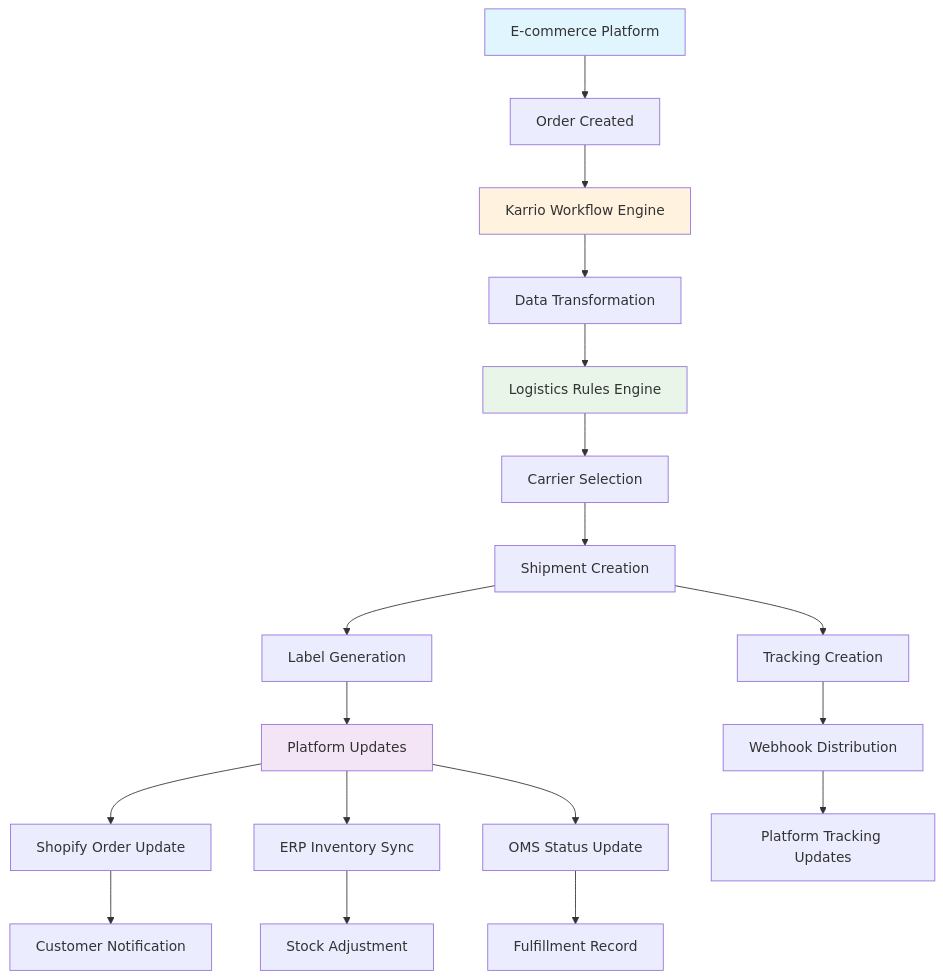
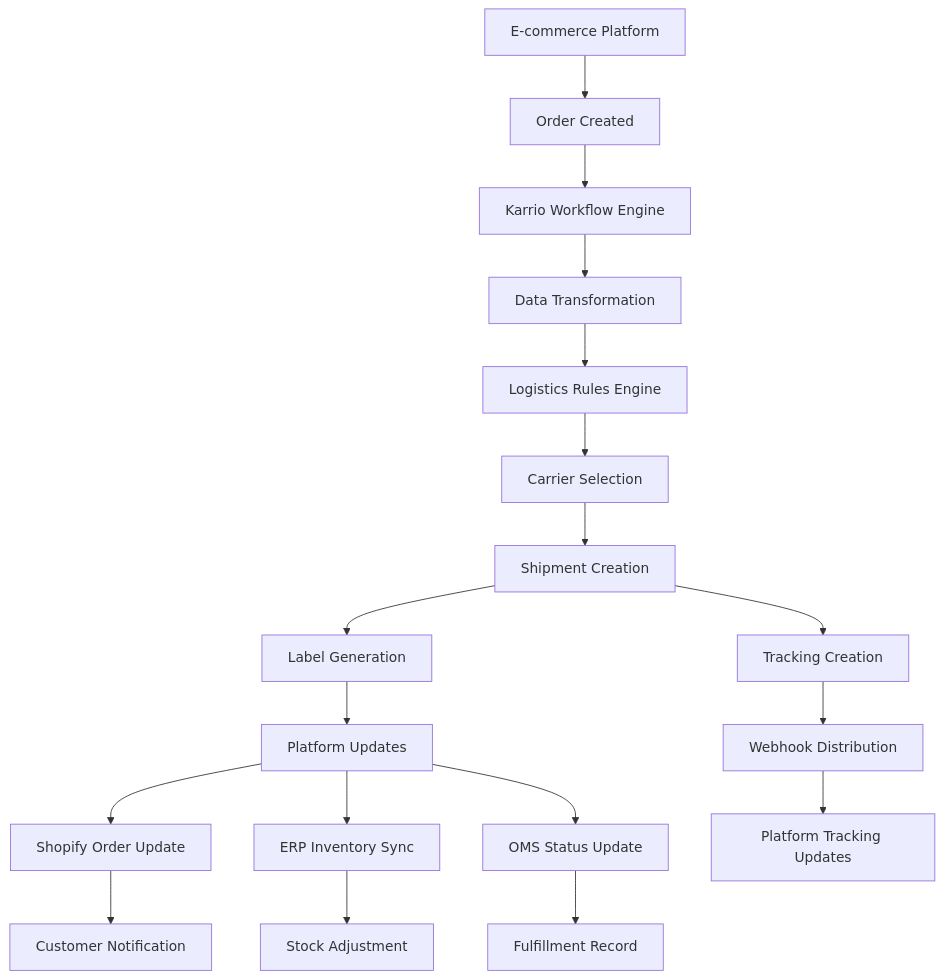
Before and after one commit to karrioapi/karrio: the diagram in apps/web/src/app/docs/products/workflows/page.mdx, drawn with Mermaid. The commit also changed 34 other files, not shown here.

````diff
--- a/apps/web/src/app/docs/products/workflows/page.mdx
+++ b/apps/web/src/app/docs/products/workflows/page.mdx
@@ -79,30 +79,27 @@
 ```mermaid
 flowchart TD
     A[E-commerce Platform] --> B[Order Created]
     B --> C[Karrio Workflow Engine]
 
     C --> D[Data Transformation]
     D --> E[Logistics Rules Engine]
 
     E --> F[Carrier Selection]
     F --> G[Shipment Creation]
     G --> H[Label Generation]
 
     H --> I[Platform Updates]
     I --> J[Shopify Order Update]
     I --> K[ERP Inventory Sync]
     I --> L[OMS Status Update]
 
     J --> M[Customer Notification]
     K --> N[Stock Adjustment]
     L --> O[Fulfillment Record]
 
     G --> P[Tracking Creation]
     P --> Q[Webhook Distribution]
     Q --> R[Platform Tracking Updates]
 
-    style A fill:#e1f5fe
-    style C fill:#fff3e0
-    style E fill:#e8f5e8
-    style I fill:#f3e5f5
+    
 ```
````
